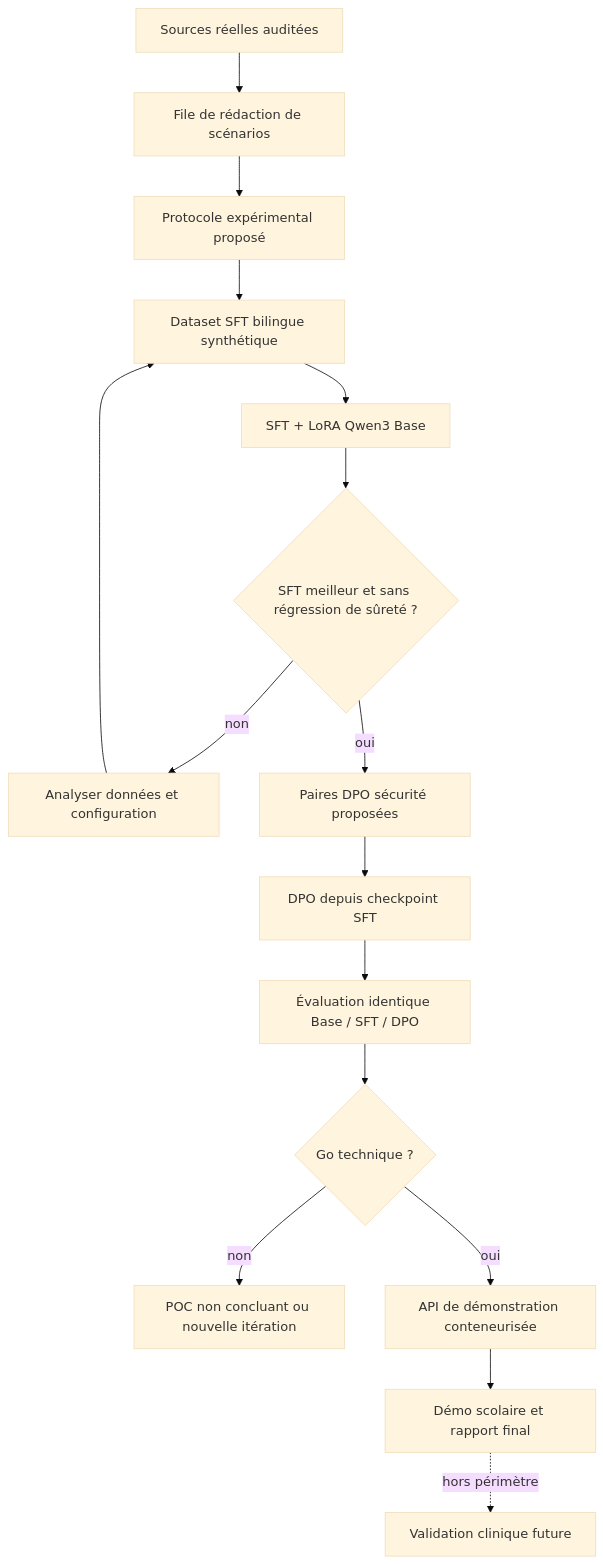
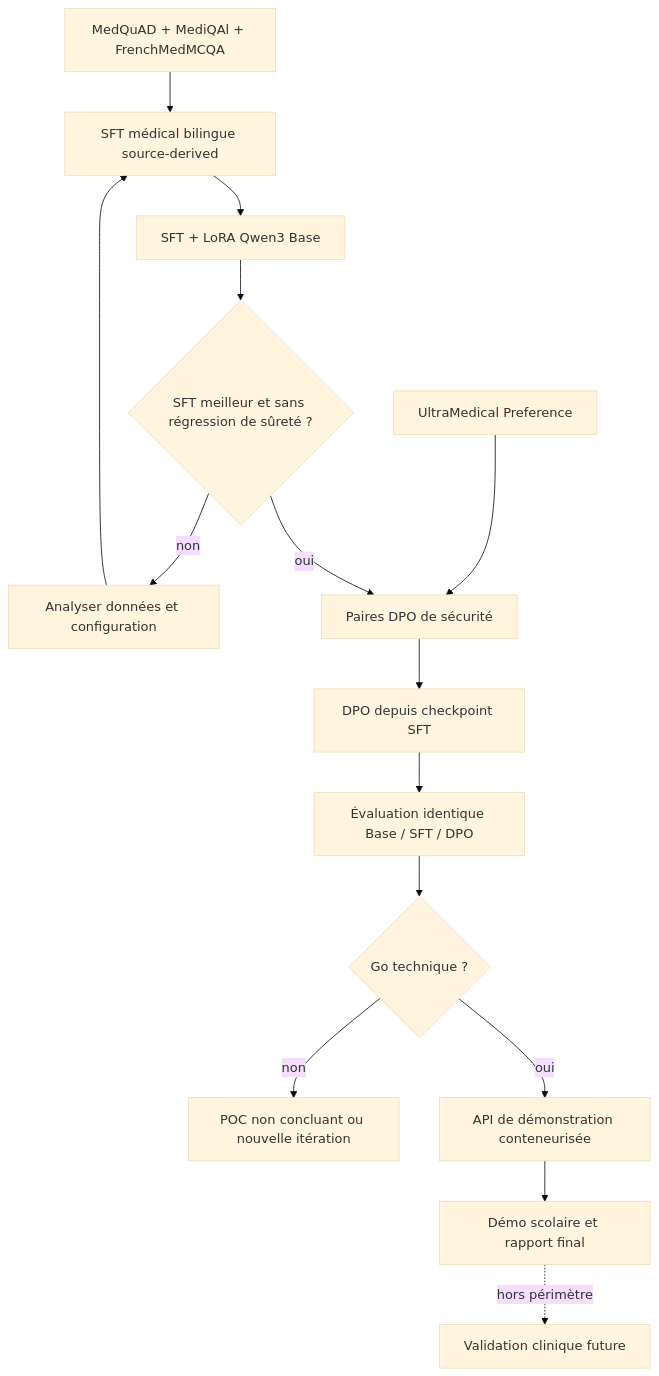
One commit to ppluton/medical-triage-llm-poc changed the diagram in docs/technical/ROADMAP_POC_V1.md. Above: the diagram before and after it, drawn with Mermaid (base theme). The commit also changed other lines of this file and 6 other files, not shown here.

First line of the commit message:
docs(data): record source-derived SFT evidence

````diff
--- a/docs/technical/ROADMAP_POC_V1.md
+++ b/docs/technical/ROADMAP_POC_V1.md
@@ -31,18 +31,17 @@
 ```mermaid
 flowchart TD
-  A[Sources réelles auditées] --> B[File de rédaction de scénarios]
-  B --> C[Protocole expérimental proposé]
-  C --> D[Dataset SFT bilingue synthétique]
-  D --> E[SFT + LoRA Qwen3 Base]
+  A[MedQuAD + MediQAl + FrenchMedMCQA] --> B[SFT médical bilingue source-derived]
+  B --> E[SFT + LoRA Qwen3 Base]
   E --> F{SFT meilleur et sans régression de sûreté ?}
   F -- non --> F1[Analyser données et configuration]
-  F1 --> D
-  F -- oui --> G[Paires DPO sécurité proposées]
+  F1 --> B
+  U[UltraMedical Preference] --> G[Paires DPO de sécurité]
+  F -- oui --> G
   G --> H[DPO depuis checkpoint SFT]
   H --> I[Évaluation identique Base / SFT / DPO]
   I --> J{Go technique ?}
   J -- non --> J1[POC non concluant ou nouvelle itération]
   J -- oui --> K[API de démonstration conteneurisée]
   K --> L[Démo scolaire et rapport final]
   L -. hors périmètre .-> M[Validation clinique future]
 ```
````
